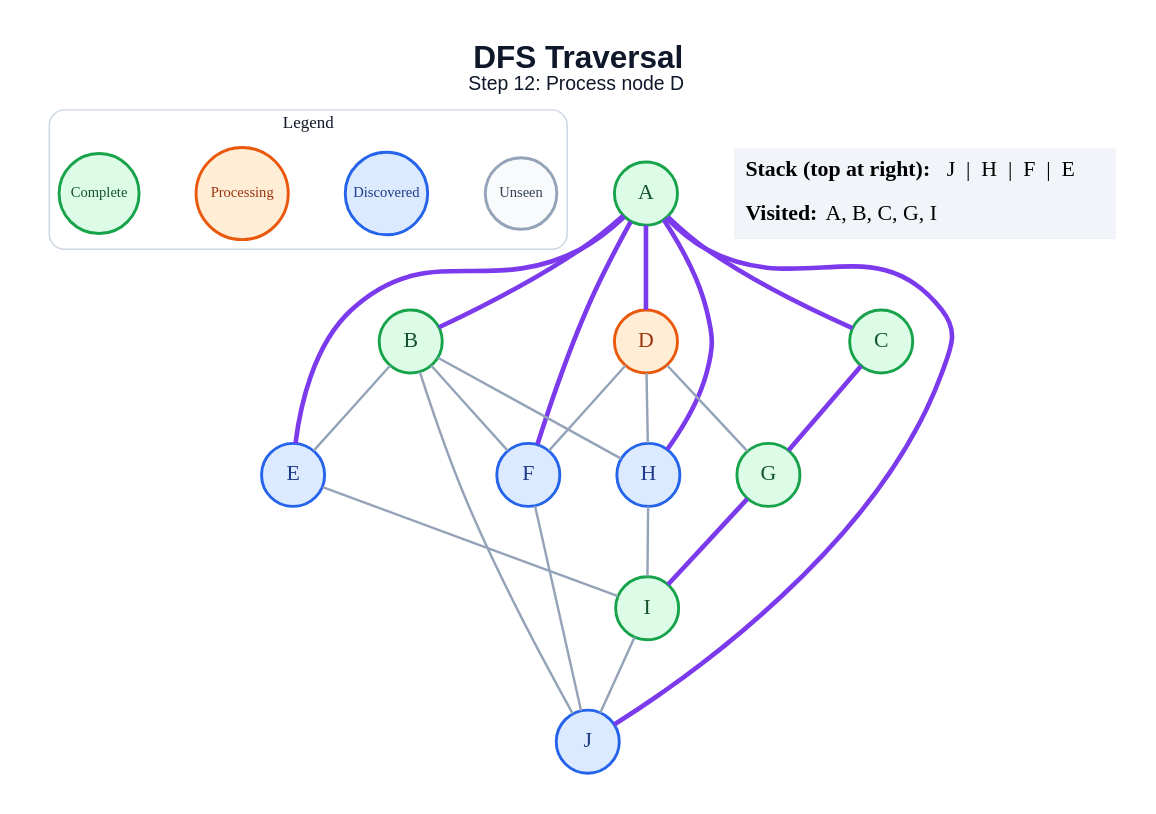
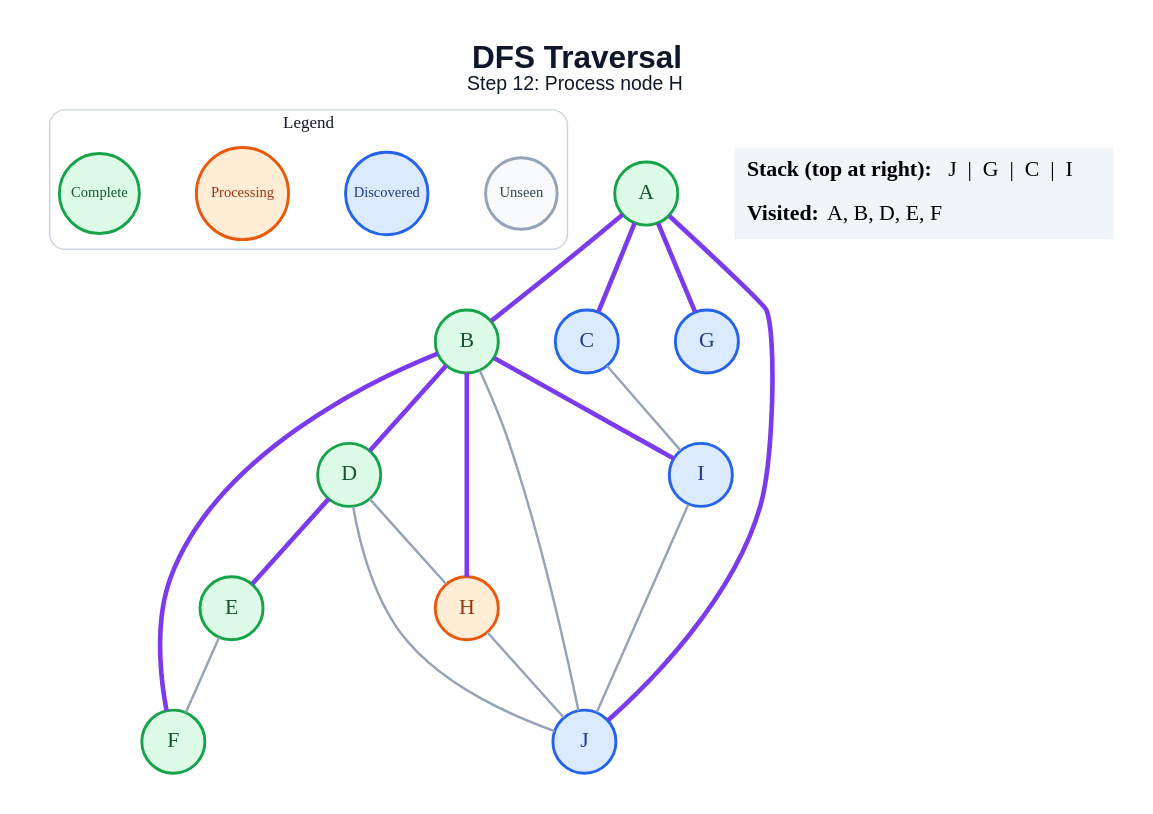
One commit to anon7238593-create/ai-slop changed the diagram in generated/dfs/step_12.dot. Above: the diagram before and after it, drawn with Graphviz. The commit also changed 171 other files, not shown here.

```diff
--- a/generated/dfs/step_12.dot
+++ b/generated/dfs/step_12.dot
@@ -1,49 +1,45 @@
 graph traversal {
   graph [layout=dot, rankdir=TB, bgcolor="#FFFFFF", pad="0.35", nodesep="0.65", ranksep="0.8", fontname="Arial"];
   node [shape=circle, style="filled", fontname="Arial Bold", fontsize=18, width=0.72, fixedsize=true, penwidth=2.4];
   edge [color="#94A3B8", penwidth=2.0];
-  label=<<B>DFS Traversal</B><BR/><FONT POINT-SIZE="16">Step 12: Process node D</FONT>>; labelloc="t"; fontsize=26; fontname="Arial"; fontcolor="#0F172A";
+  label=<<B>DFS Traversal</B><BR/><FONT POINT-SIZE="16">Step 12: Process node H</FONT>>; labelloc="t"; fontsize=26; fontname="Arial"; fontcolor="#0F172A";
   subgraph cluster_legend { label="Legend"; color="#CBD5E1"; penwidth=1.2; style="rounded"; fontsize=14; fontname="Arial Bold";
     key_unseen [label="Unseen", fillcolor="#F8FAFC", color="#94A3B8", fontcolor="#334155", fontsize=12, width=0.82];
     key_frontier [label="Discovered", fillcolor="#DBEAFE", color="#2563EB", fontcolor="#1E3A8A", fontsize=12, width=0.95];
     key_current [label="Processing", fillcolor="#FFEDD5", color="#EA580C", fontcolor="#9A3412", fontsize=12, width=1.05];
     key_done [label="Complete", fillcolor="#DCFCE7", color="#16A34A", fontcolor="#14532D", fontsize=12, width=0.92];
     { rank=same; key_unseen; key_frontier; key_current; key_done; }
   }
   A [fillcolor="#DCFCE7", color="#16A34A", fontcolor="#14532D"];
   B [fillcolor="#DCFCE7", color="#16A34A", fontcolor="#14532D"];
-  C [fillcolor="#DCFCE7", color="#16A34A", fontcolor="#14532D"];
-  D [fillcolor="#FFEDD5", color="#EA580C", fontcolor="#9A3412"];
-  E [fillcolor="#DBEAFE", color="#2563EB", fontcolor="#1E3A8A"];
-  F [fillcolor="#DBEAFE", color="#2563EB", fontcolor="#1E3A8A"];
-  G [fillcolor="#DCFCE7", color="#16A34A", fontcolor="#14532D"];
-  H [fillcolor="#DBEAFE", color="#2563EB", fontcolor="#1E3A8A"];
-  I [fillcolor="#DCFCE7", color="#16A34A", fontcolor="#14532D"];
+  C [fillcolor="#DBEAFE", color="#2563EB", fontcolor="#1E3A8A"];
+  D [fillcolor="#DCFCE7", color="#16A34A", fontcolor="#14532D"];
+  E [fillcolor="#DCFCE7", color="#16A34A", fontcolor="#14532D"];
+  F [fillcolor="#DCFCE7", color="#16A34A", fontcolor="#14532D"];
+  G [fillcolor="#DBEAFE", color="#2563EB", fontcolor="#1E3A8A"];
+  H [fillcolor="#FFEDD5", color="#EA580C", fontcolor="#9A3412"];
+  I [fillcolor="#DBEAFE", color="#2563EB", fontcolor="#1E3A8A"];
   J [fillcolor="#DBEAFE", color="#2563EB", fontcolor="#1E3A8A"];
   A -- B [color="#7C3AED", penwidth=3.8];
   A -- C [color="#7C3AED", penwidth=3.8];
-  A -- D [color="#7C3AED", penwidth=3.8];
-  A -- E [color="#7C3AED", penwidth=3.8];
-  A -- F [color="#7C3AED", penwidth=3.8];
-  A -- H [color="#7C3AED", penwidth=3.8];
+  A -- G [color="#7C3AED", penwidth=3.8];
   A -- J [color="#7C3AED", penwidth=3.8];
-  B -- E;
-  B -- F;
-  B -- H;
+  B -- D [color="#7C3AED", penwidth=3.8];
+  B -- F [color="#7C3AED", penwidth=3.8];
+  B -- H [color="#7C3AED", penwidth=3.8];
+  B -- I [color="#7C3AED", penwidth=3.8];
   B -- J;
-  C -- G [color="#7C3AED", penwidth=3.8];
-  D -- F;
-  D -- G;
+  C -- I;
+  D -- E [color="#7C3AED", penwidth=3.8];
   D -- H;
-  E -- I;
-  F -- J;
-  G -- I [color="#7C3AED", penwidth=3.8];
-  H -- I;
+  D -- J;
+  E -- F;
+  H -- J;
   I -- J;
   status [shape=plain, fixedsize=false, width=0, height=0, margin=0, label=<
     <TABLE BORDER="0" CELLBORDER="0" CELLPADDING="7" BGCOLOR="#F1F5F9">
-      <TR><TD ALIGN="LEFT"><B>Stack (top at right):</B> J  |  H  |  F  |  E</TD></TR>
-      <TR><TD ALIGN="LEFT"><B>Visited:</B> A, B, C, G, I</TD></TR>
+      <TR><TD ALIGN="LEFT"><B>Stack (top at right):</B> J  |  G  |  C  |  I</TD></TR>
+      <TR><TD ALIGN="LEFT"><B>Visited:</B> A, B, D, E, F</TD></TR>
     </TABLE>
   >];
 }
```
